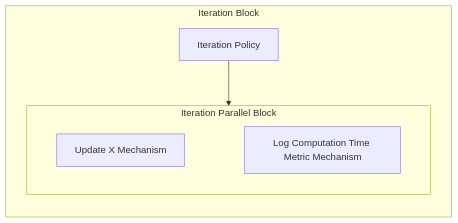
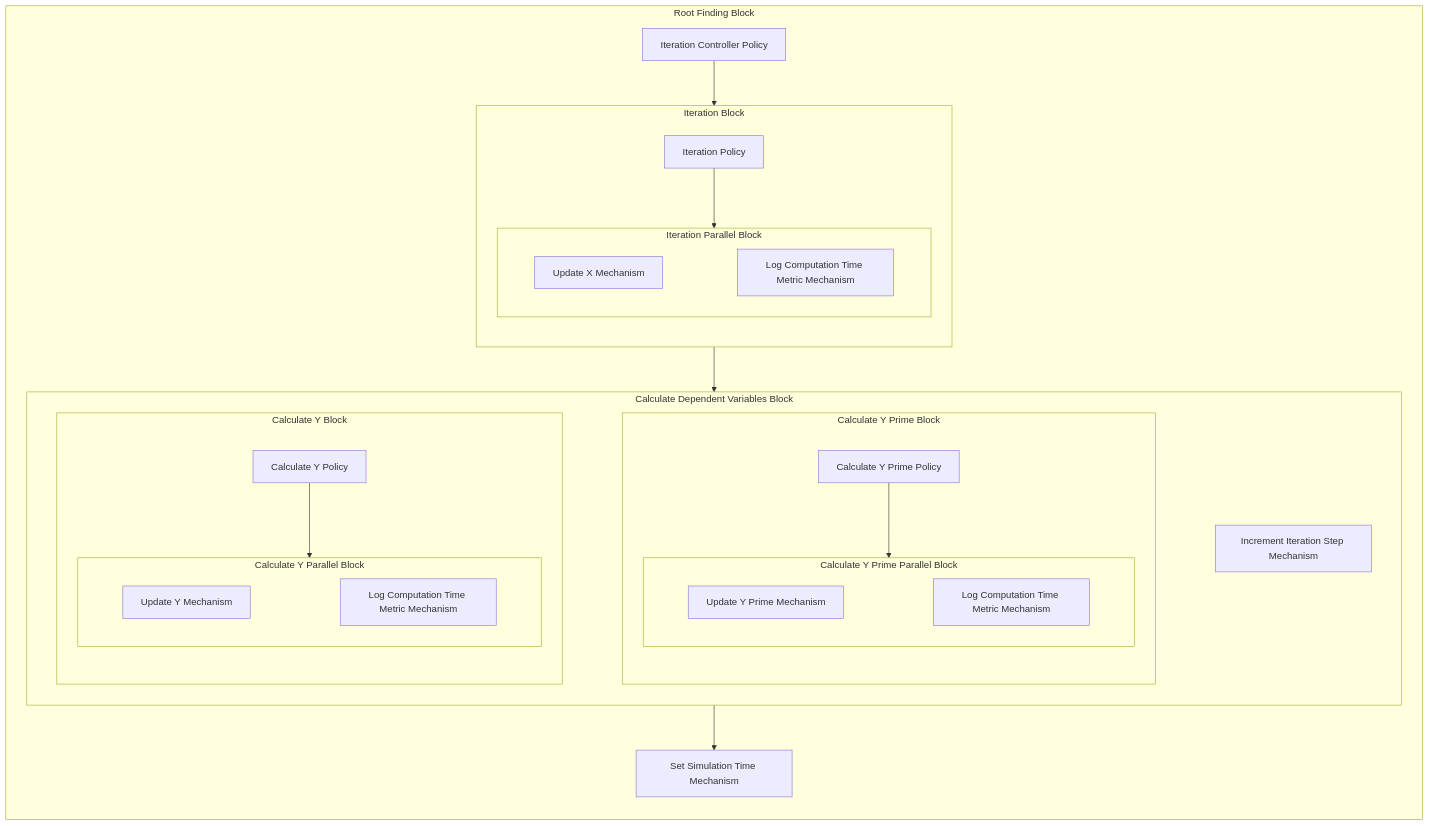
Before and after one commit to SeanMcOwen/Root-Finding-Simulation: the diagram in MSML/dev/Temp Diagram.md, drawn with Mermaid. The commit also changed 2 other files, not shown here.

Commit message:
Root finding block

````diff
--- a/MSML/dev/Temp Diagram.md
+++ b/MSML/dev/Temp Diagram.md
@@ -1,14 +1,50 @@
 ```mermaid
 graph TB
-subgraph X5[Iteration Block]
+subgraph X20[Root Finding Block]
 direction TB
-X1[Iteration Policy]
-subgraph X4[Iteration Parallel Block]
+X1[Iteration Controller Policy]
+subgraph X6[Iteration Block]
+direction TB
+X2[Iteration Policy]
+subgraph X5[Iteration Parallel Block]
 direction LR
-X2[Update X Mechanism]
-X3[Log Computation Time Metric Mechanism]
-X2 ~~~ X3
+X3[Update X Mechanism]
+X4[Log Computation Time Metric Mechanism]
+X3 ~~~ X4
 end
-X1-->X4
+X2-->X5
+end
+subgraph X18[Calculate Dependent Variables Block]
+direction LR
+subgraph X11[Calculate Y Block]
+direction TB
+X7[Calculate Y Policy]
+subgraph X10[Calculate Y Parallel Block]
+direction LR
+X8[Update Y Mechanism]
+X9[Log Computation Time Metric Mechanism]
+X8 ~~~ X9
+end
+X7-->X10
+end
+subgraph X16[Calculate Y Prime Block]
+direction TB
+X12[Calculate Y Prime Policy]
+subgraph X15[Calculate Y Prime Parallel Block]
+direction LR
+X13[Update Y Prime Mechanism]
+X14[Log Computation Time Metric Mechanism]
+X13 ~~~ X14
+end
+X12-->X15
+end
+X17[Increment Iteration Step Mechanism]
+X11 ~~~ X16
+X16 ~~~ X17
+end
+X19[Set Simulation Time Mechanism]
+X1-->X6
+X6-->X18
+X18-->X19
 end
 ```
````
